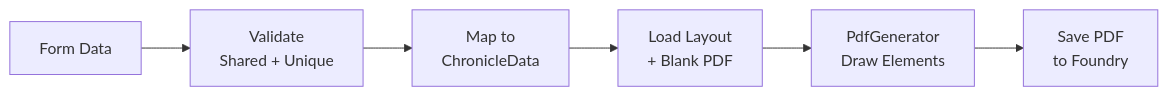
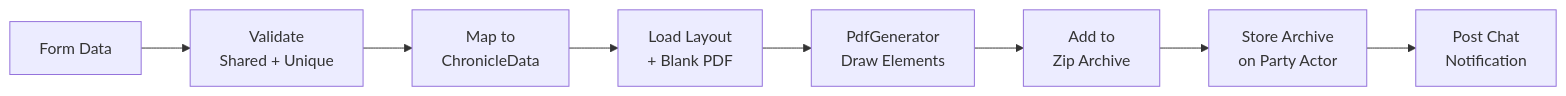
Before and after one commit to scooper4711/pfs-chronicle-generator: the tenth of 13 diagrams in ARCHITECTURE.md, drawn with Mermaid. The commit also changed other lines of this file, not shown here.

Commit message:
docs: updated architecture to reflect recent changes/features

````diff
--- a/ARCHITECTURE.md
+++ b/ARCHITECTURE.md
@@ -239,8 +415,10 @@
 ```mermaid
 graph LR
     FD[Form Data] --> VAL[Validate<br/>Shared + Unique]
     VAL --> MAP[Map to<br/>ChronicleData]
     MAP --> LOAD[Load Layout<br/>+ Blank PDF]
     LOAD --> GEN[PdfGenerator<br/>Draw Elements]
-    GEN --> SAVE[Save PDF<br/>to Foundry]
+    GEN --> ZIP[Add to<br/>Zip Archive]
+    ZIP --> STORE[Store Archive<br/>on Party Actor]
+    STORE --> CHAT[Post Chat<br/>Notification]
 ```
````
